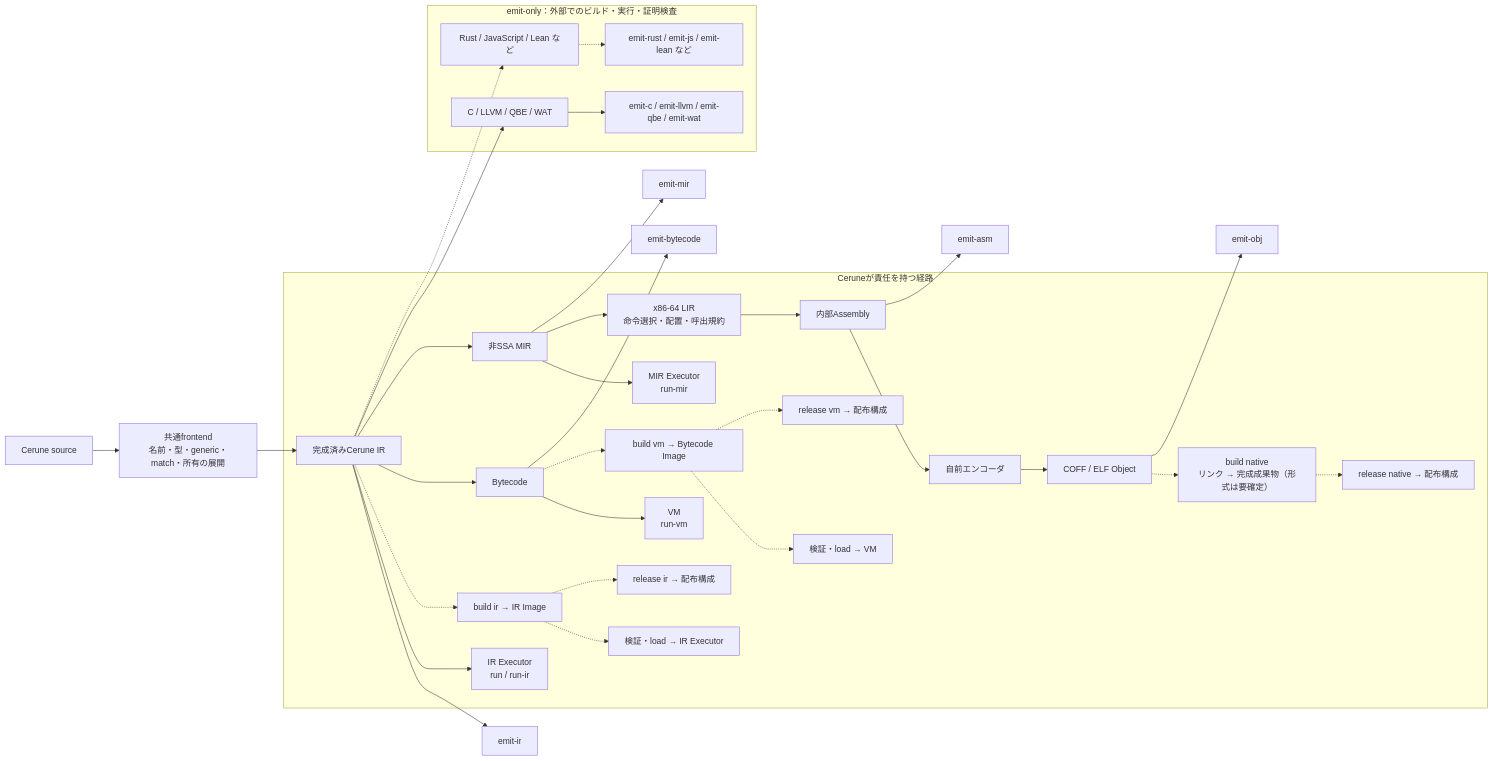
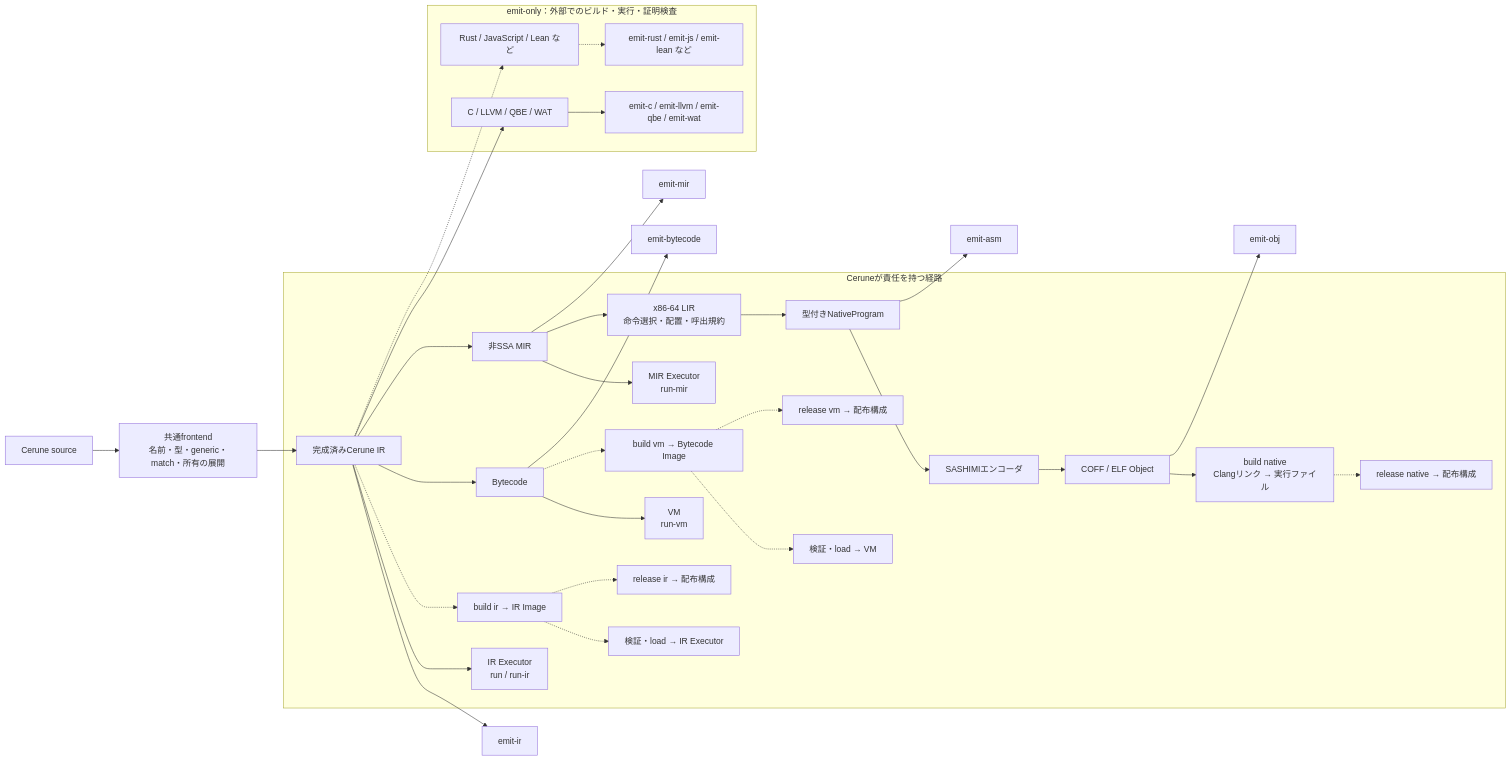
The diagram in docs/design/owned-routes.ja.md (Cerune-Lang/Cerune), drawn with Mermaid before and after one commit. The commit also changed other lines of this file and 23 other files, not shown here.

````diff
--- a/docs/design/owned-routes.ja.md
+++ b/docs/design/owned-routes.ja.md
@@ -34,35 +35,35 @@
 ```mermaid
 flowchart LR
     S["Cerune source"] --> F["共通frontend<br/>名前・型・generic・match・所有の展開"]
     F --> IR["完成済みCerune IR"]
     IR --> OIR["emit-ir"]
     subgraph Owned["Ceruneが責任を持つ経路"]
         IR --> R["IR Executor<br/>run / run-ir"]
         IR -.-> IB["build ir → IR Image"]
         IB -.-> IL["検証・load → IR Executor"]
         IB -.-> IP["release ir → 配布構成"]
         IR --> BC["Bytecode"]
         BC --> VM["VM<br/>run-vm"]
         BC -.-> VB["build vm → Bytecode Image"]
         VB -.-> VL["検証・load → VM"]
         VB -.-> VP["release vm → 配布構成"]
         IR --> MIR["非SSA MIR"]
         MIR --> RMIR["MIR Executor<br/>run-mir"]
         MIR --> X["x86-64 LIR<br/>命令選択・配置・呼出規約"]
-        X --> A["内部Assembly"]
-        A --> E["自前エンコーダ"]
+        X --> A["型付きNativeProgram"]
+        A --> E["SASHIMIエンコーダ"]
         E --> OBJ["COFF / ELF Object"]
-        OBJ -.-> NB["build native<br/>リンク → 完成成果物（形式は要確定）"]
+        OBJ --> NB["build native<br/>Clangリンク → 実行ファイル"]
         NB -.-> NP["release native → 配布構成"]
     end
     MIR --> OMIR["emit-mir"]
     BC --> OBC["emit-bytecode"]
     A --> OA["emit-asm"]
     OBJ --> OO["emit-obj"]
     subgraph Emit["emit-only：外部でのビルド・実行・証明検査"]
         IR --> EXIST["C / LLVM / QBE / WAT"]
         EXIST --> OUT["emit-c / emit-llvm / emit-qbe / emit-wat"]
         IR -.-> FUT["Rust / JavaScript / Lean など"]
         FUT -.-> FUTOUT["emit-rust / emit-js / emit-lean など"]
     end
 ```
````
